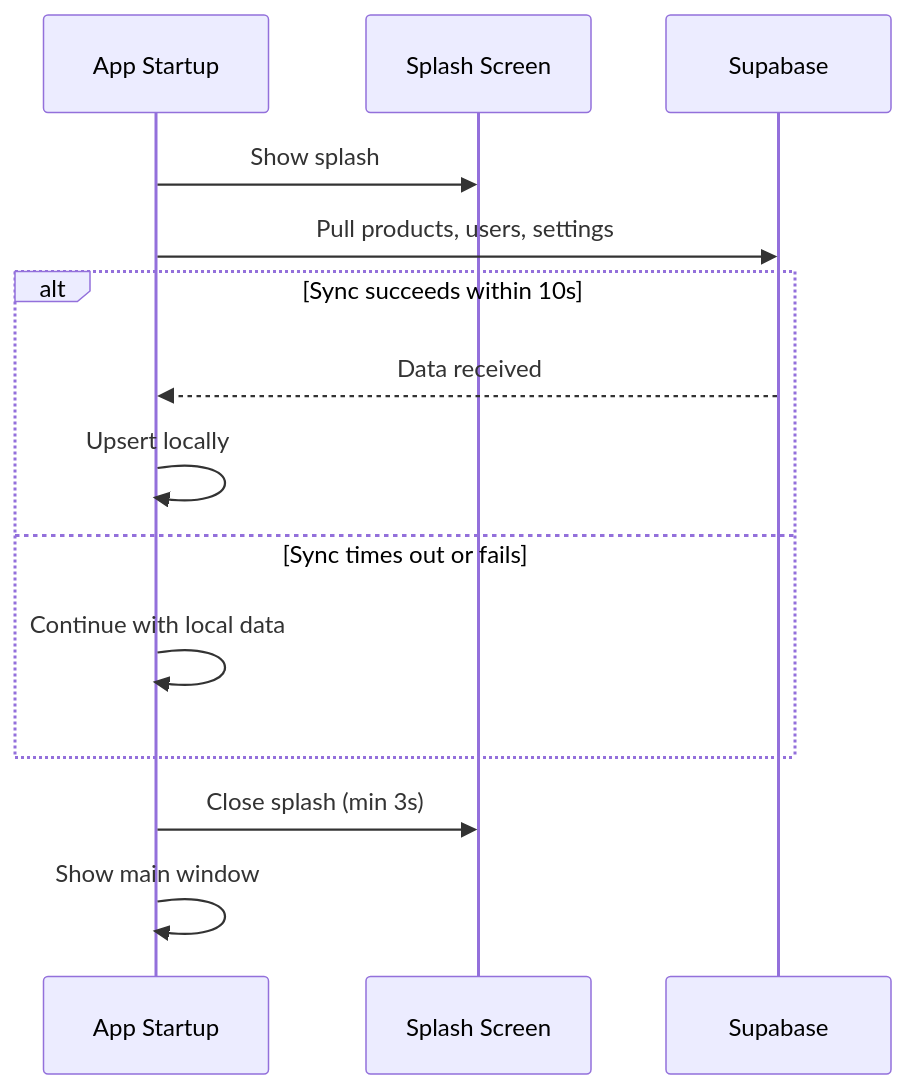
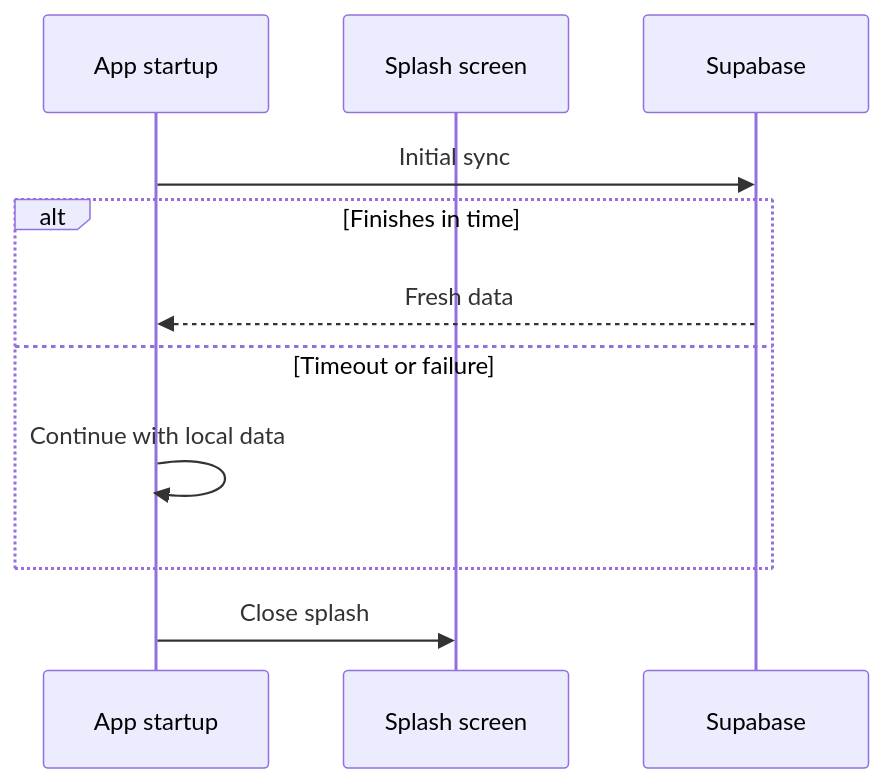
The fifth of 5 diagrams in docs/05-cloud-sync.md (BootlegYouki/at-iba-pa-pos), drawn with Mermaid before and after one commit. The commit also changed other lines of this file and 10 other files, not shown here.

First line of the commit message:
Refactor user guide and database schema documentation; enhance export reports feature

````diff
--- a/docs/05-cloud-sync.md
+++ b/docs/05-cloud-sync.md
@@ -263,19 +199,14 @@
 ```mermaid
 sequenceDiagram
-    participant App as App Startup
-    participant Splash as Splash Screen
+    participant App as App startup
+    participant Splash as Splash screen
     participant Cloud as Supabase
 
-    App->>Splash: Show splash
-    App->>Cloud: Pull products, users, settings
-    
-    alt Sync succeeds within 10s
-        Cloud-->>App: Data received
-        App->>App: Upsert locally
-    else Sync times out or fails
+    App->>Cloud: Initial sync
+    alt Finishes in time
+        Cloud-->>App: Fresh data
+    else Timeout or failure
         App->>App: Continue with local data
     end
-    
-    App->>Splash: Close splash (min 3s)
-    App->>App: Show main window
+    App->>Splash: Close splash
 ```
````
